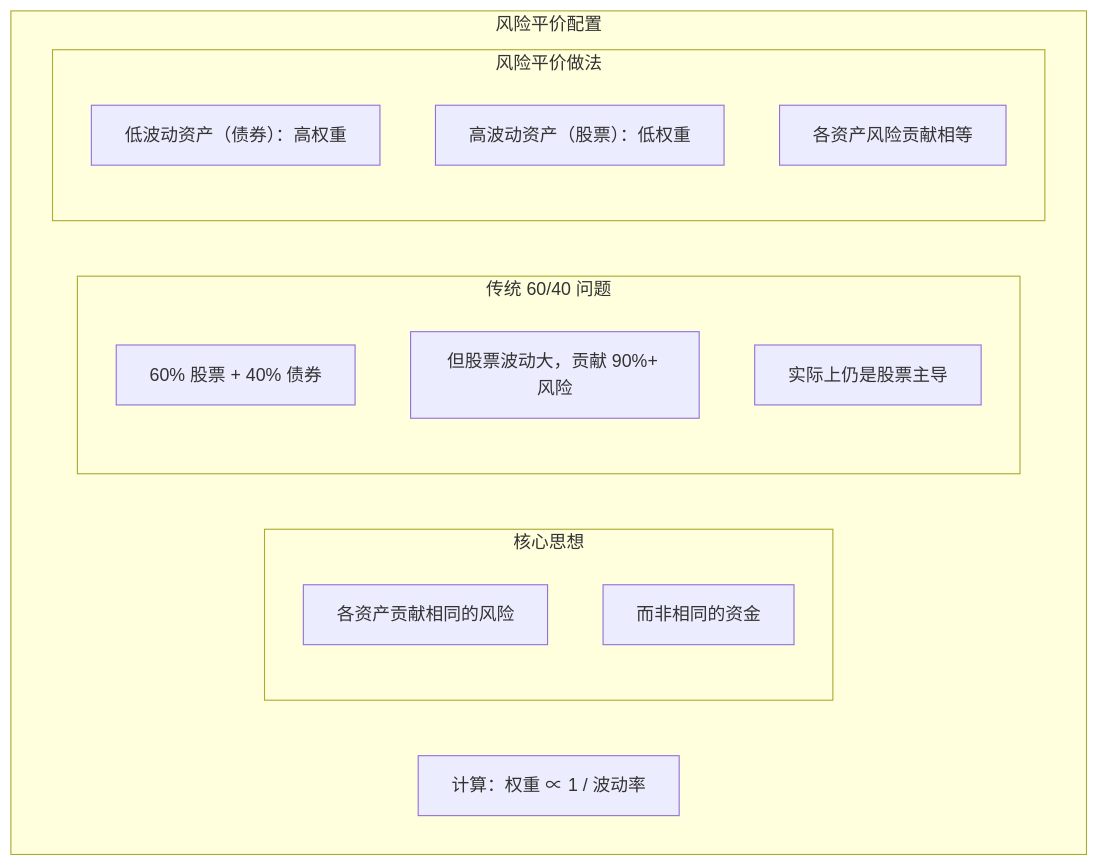
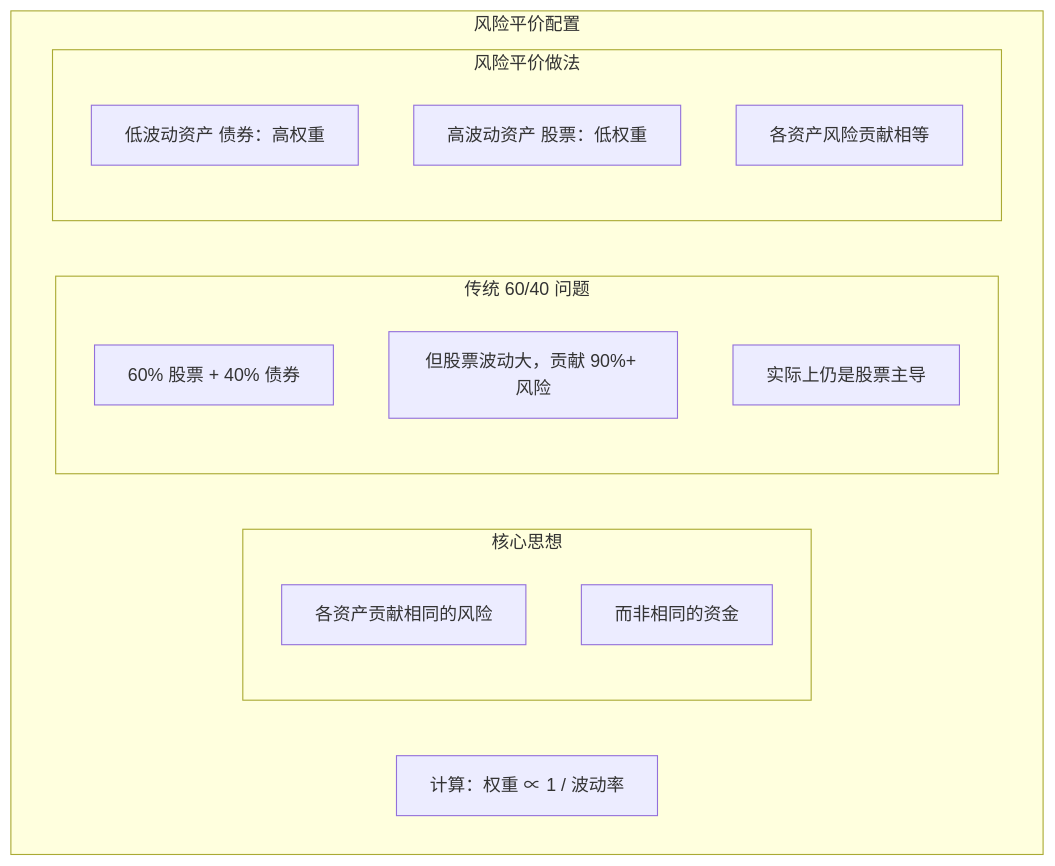
One commit to jpixy/jpixy.github.io changed diagram 15 of 17 in content/articles/quant/quant-05-个人量化常用策略详解.md. Above: the diagram before and after it, drawn with Mermaid. The commit also changed other lines of this file and 66 other files, not shown here.

Commit message:
fix: resolve Mermaid syntax errors by removing parentheses in node labels

````diff
--- a/content/articles/quant/quant-05-个人量化常用策略详解.md
+++ b/content/articles/quant/quant-05-个人量化常用策略详解.md
@@ -477,20 +477,20 @@
 ```mermaid
 graph TB
     subgraph 风险平价["风险平价配置"]
         subgraph 核心思想
             H1["各资产贡献相同的风险"]
             H2["而非相同的资金"]
         end
         subgraph 传统问题["传统 60/40 问题"]
             P1["60% 股票 + 40% 债券"]
             P2["但股票波动大，贡献 90%+ 风险"]
             P3["实际上仍是股票主导"]
         end
         subgraph 做法["风险平价做法"]
-            F1["低波动资产（债券）：高权重"]
-            F2["高波动资产（股票）：低权重"]
+            F1["低波动资产 债券：高权重"]
+            F2["高波动资产 股票：低权重"]
             F3["各资产风险贡献相等"]
         end
         计算["计算：权重 ∝ 1 / 波动率"]
     end
 ```
````
